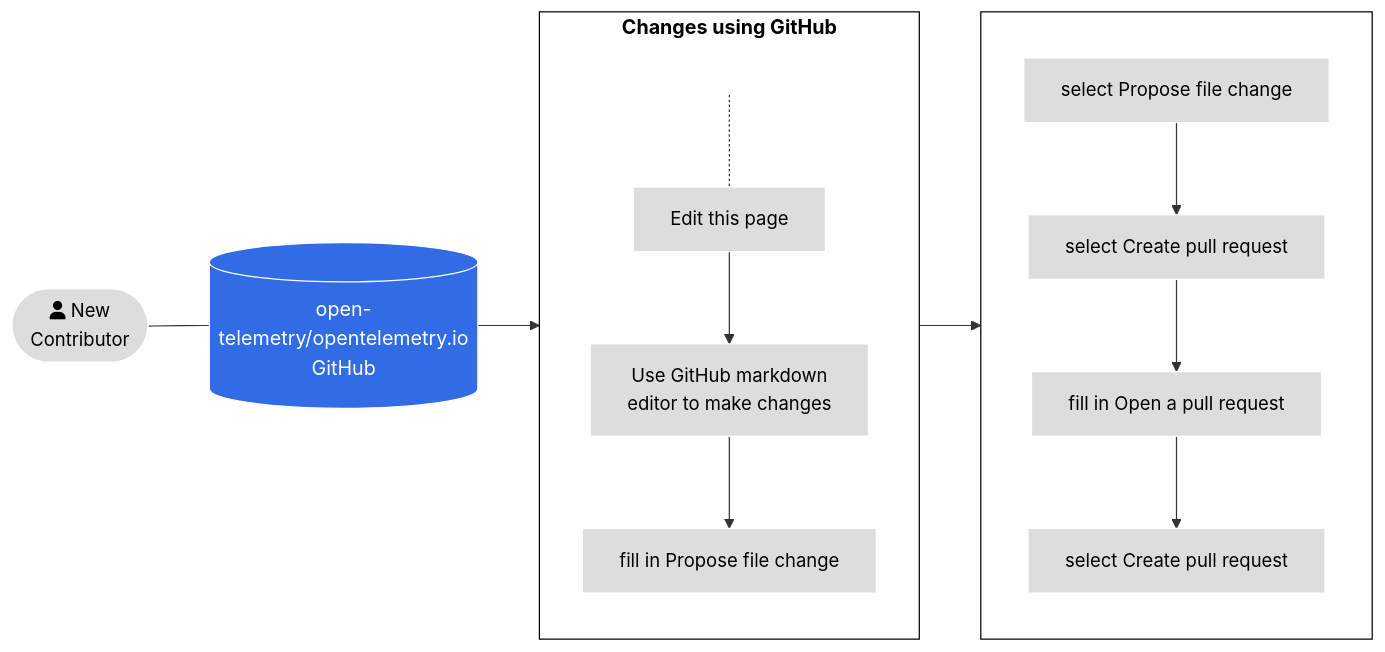
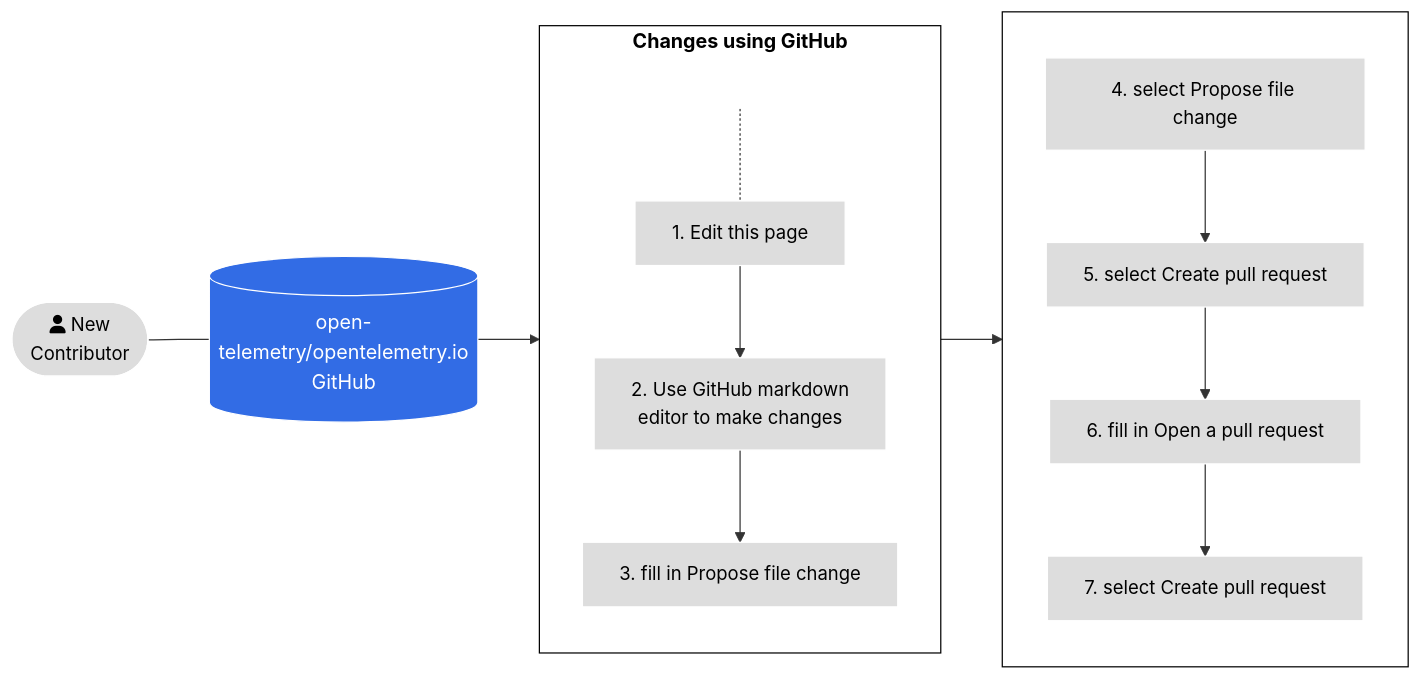
One commit to open-telemetry/opentelemetry.io changed the second of 4 diagrams in content/en/docs/contributing/pull-requests.md. Above: the diagram before and after it, drawn with Mermaid. The commit also changed other lines of this file, not shown here.

First line of the commit message:
Revert "fix: :bug: remove markdown list enumerator to display content in mermaid chart"

````diff
--- a/content/en/docs/contributing/pull-requests.md
+++ b/content/en/docs/contributing/pull-requests.md
@@ -65,27 +65,27 @@
 ```mermaid
 flowchart LR
 A([fa:fa-user New<br>Contributor]) --- id1[(open-telemetry/opentelemetry.io<br>GitHub)]
 subgraph tasks[Changes using GitHub]
 direction TB
     0[ ] -.-
-    1[Edit this page] --> 2[Use GitHub markdown<br>editor to make changes]
-    2 --> 3[fill in Propose file change]
+    1[1. Edit this page] --> 2[2. Use GitHub markdown<br>editor to make changes]
+    2 --> 3[3. fill in Propose file change]
 
 end
 subgraph tasks2[ ]
 direction TB
-    4[select Propose file change] --> 5[select Create pull request] --> 6[fill in Open a pull request]
-    6 --> 7[select Create pull request]
+4[4. select Propose file change] --> 5[5. select Create pull request] --> 6[6. fill in Open a pull request]
+6 --> 7[7. select Create pull request]
 end
 
 id1 --> tasks --> tasks2
 
 classDef grey fill:#dddddd,stroke:#ffffff,stroke-width:px,color:#000000, font-size:15px;
 classDef white fill:#ffffff,stroke:#000,stroke-width:px,color:#000,font-weight:bold
 classDef k8s fill:#326ce5,stroke:#fff,stroke-width:1px,color:#fff;
 classDef spacewhite fill:#ffffff,stroke:#fff,stroke-width:0px,color:#000
 class A,1,2,3,4,5,6,7 grey
 class 0 spacewhite
 class tasks,tasks2 white
 class id1 k8s
 ```
````
